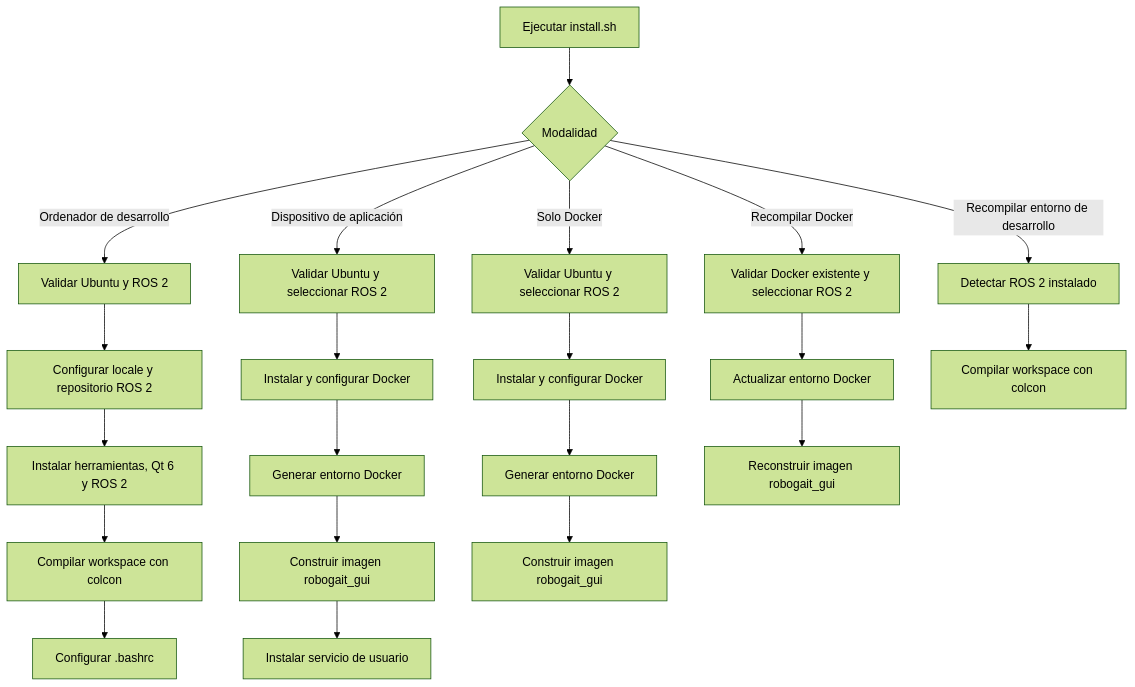
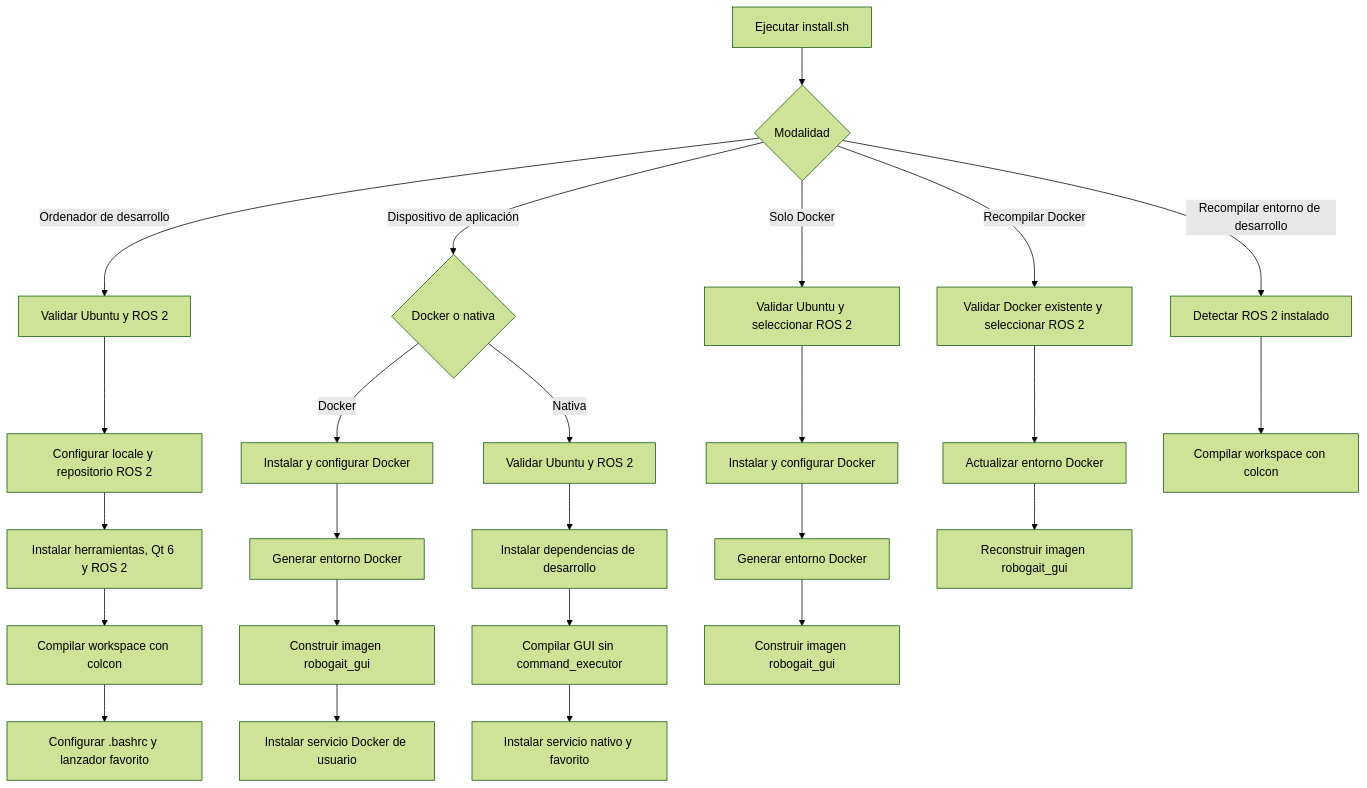
One commit to victor-villamar/GUI_ROBOGait_V2 changed the diagram in scripts/README.md. Above: the diagram before and after it, drawn with Mermaid (forest theme). The commit also changed other lines of this file and 4 other files, not shown here.

Commit message:
[develop] Add native installer and GUI launcher

````diff
--- a/scripts/README.md
+++ b/scripts/README.md
@@ -50,28 +53,33 @@
 ```mermaid
 flowchart TD
     Start[Ejecutar install.sh] --> Mode{Modalidad}
 
     Mode -->|Ordenador de desarrollo| Dev[Validar Ubuntu y ROS 2]
     Dev --> Locale[Configurar locale y repositorio ROS 2]
     Locale --> Dependencies[Instalar herramientas, Qt 6 y ROS 2]
     Dependencies --> Build[Compilar workspace con colcon]
-    Build --> Bashrc[Configurar .bashrc]
+    Build --> Bashrc[Configurar .bashrc y lanzador favorito]
 
-    Mode -->|Dispositivo de aplicación| Device[Validar Ubuntu y seleccionar ROS 2]
-    Device --> DeviceDocker[Instalar y configurar Docker]
+    Mode -->|Dispositivo de aplicación| Device{Docker o nativa}
+    Device -->|Docker| DeviceDocker[Instalar y configurar Docker]
     DeviceDocker --> DeviceEnvironment[Generar entorno Docker]
     DeviceEnvironment --> DeviceImage[Construir imagen robogait_gui]
-    DeviceImage --> Service[Instalar servicio de usuario]
+    DeviceImage --> DockerService[Instalar servicio Docker de usuario]
+
+    Device -->|Nativa| Native[Validar Ubuntu y ROS 2]
+    Native --> NativeDependencies[Instalar dependencias de desarrollo]
+    NativeDependencies --> NativeBuild[Compilar GUI sin command_executor]
+    NativeBuild --> NativeService[Instalar servicio nativo y favorito]
 
     Mode -->|Solo Docker| DockerOnly[Validar Ubuntu y seleccionar ROS 2]
     DockerOnly --> OnlyDocker[Instalar y configurar Docker]
     OnlyDocker --> OnlyEnvironment[Generar entorno Docker]
     OnlyEnvironment --> OnlyImage[Construir imagen robogait_gui]
 
     Mode -->|Recompilar Docker| Rebuild[Validar Docker existente y seleccionar ROS 2]
     Rebuild --> RebuildEnvironment[Actualizar entorno Docker]
     RebuildEnvironment --> RebuildImage[Reconstruir imagen robogait_gui]
 
     Mode -->|Recompilar entorno de desarrollo| RebuildDev[Detectar ROS 2 instalado]
     RebuildDev --> RebuildWorkspace[Compilar workspace con colcon]
 ```
````
